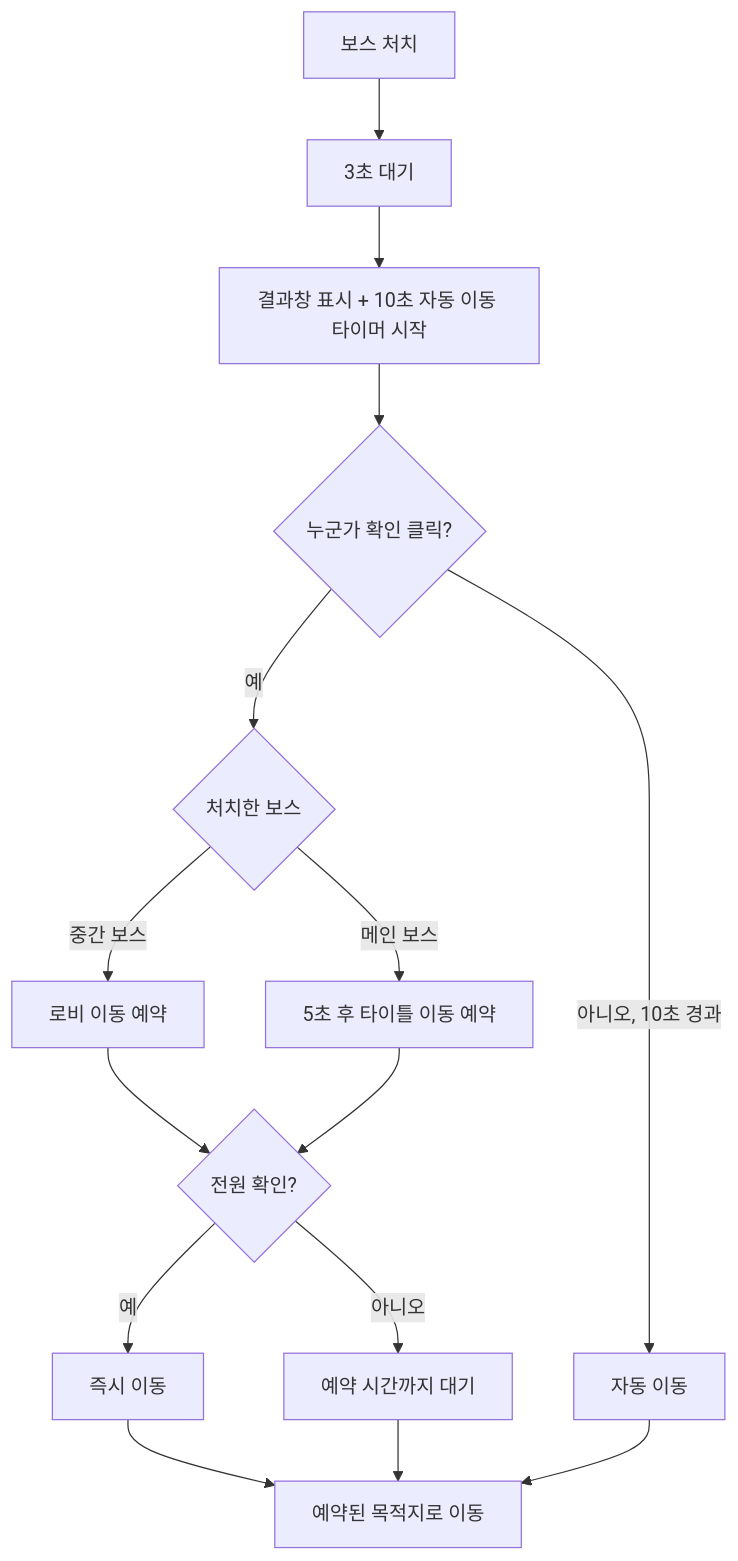
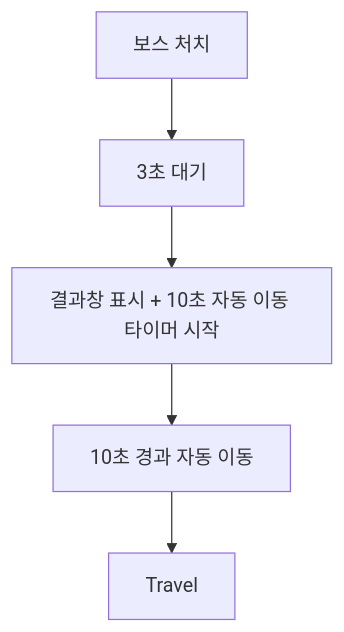
The fourth of 4 diagrams in Docs/UI/05_Game_Result_Stats_Window.md (seongwon1579/ProjectBlackout), drawn with Mermaid before and after one commit. The commit also changed other lines of this file and 24 other files, not shown here.

Commit message:
Docs: 클래스 다이어그램 최신화

````diff
--- a/Docs/UI/05_Game_Result_Stats_Window.md
+++ b/Docs/UI/05_Game_Result_Stats_Window.md
@@ -306,17 +279,7 @@
 ```mermaid
 flowchart TB
     Defeated["보스 처치"] --> Delay["3초 대기"]
     Delay --> Show["결과창 표시 + 10초 자동 이동 타이머 시작"]
-    Show --> AnyConfirm{"누군가 확인 클릭?"}
-    AnyConfirm -->|예| Schedule{"처치한 보스"}
-    Schedule -->|중간 보스| Lobby["로비 이동 예약"]
-    Schedule -->|메인 보스| TitleDelay["5초 후 타이틀 이동 예약"]
-    AnyConfirm -->|아니오, 10초 경과| Auto["자동 이동"]
-    Lobby --> AllConfirmed{"전원 확인?"}
-    TitleDelay --> AllConfirmed
-    AllConfirmed -->|예| Immediate["즉시 이동"]
-    AllConfirmed -->|아니오| Wait["예약 시간까지 대기"]
-    Wait --> Travel["예약된 목적지로 이동"]
+    Show --> Auto["10초 경과 자동 이동"]
     Auto --> Travel
-    Immediate --> Travel
 ```
````
